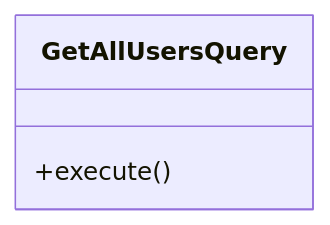
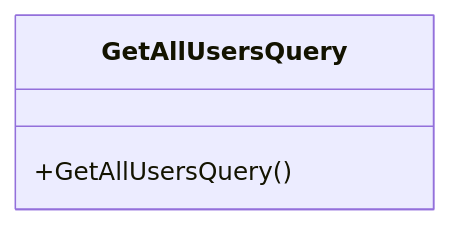
One commit to viswarajramji/user changed the sixth of 8 diagrams in readme.md. Above: the diagram before and after it, drawn with Mermaid. The commit also changed other lines of this file, not shown here.

````diff
--- a/readme.md
+++ b/readme.md
@@ -128,6 +132,7 @@
 ```mermaid
 classDiagram
     class GetAllUsersQuery {
-        +execute()
+        +GetAllUsersQuery()
     }
+
 ```
````
